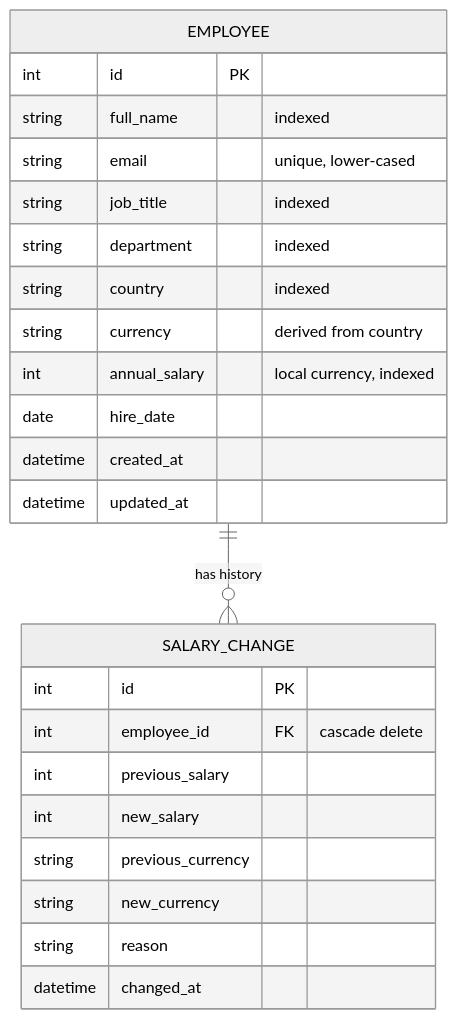
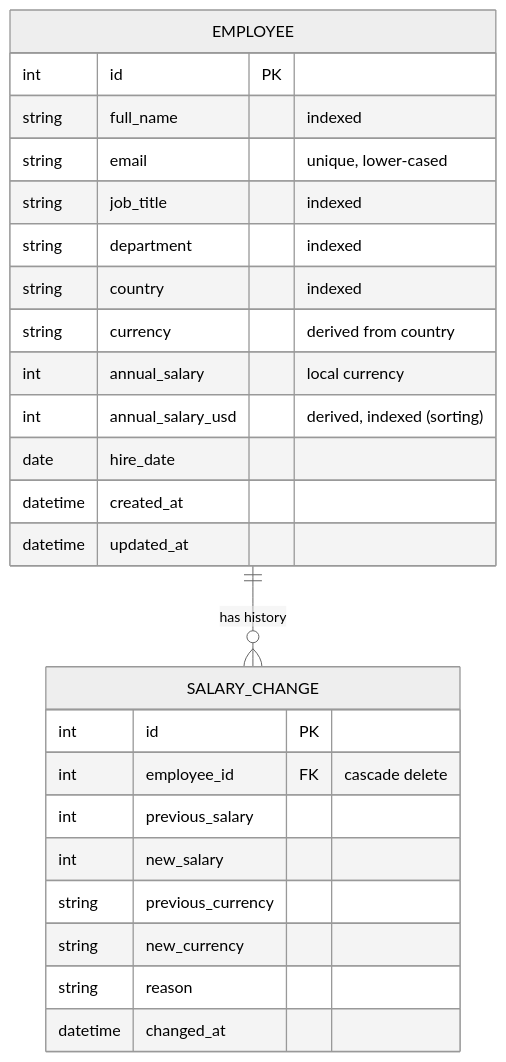
One commit to ManishgandotraCoder/acme changed the third of 4 diagrams in docs/ARCHITECTURE.md. Above: the diagram before and after it, drawn with Mermaid (neutral theme). The commit also changed other lines of this file and 17 other files, not shown here.

````diff
--- a/docs/ARCHITECTURE.md
+++ b/docs/ARCHITECTURE.md
@@ -98,27 +98,28 @@
 ```mermaid
 erDiagram
     EMPLOYEE ||--o{ SALARY_CHANGE : "has history"
     EMPLOYEE {
         int id PK
         string full_name "indexed"
         string email "unique, lower-cased"
         string job_title "indexed"
         string department "indexed"
         string country "indexed"
         string currency "derived from country"
-        int annual_salary "local currency, indexed"
+        int annual_salary "local currency"
+        int annual_salary_usd "derived, indexed (sorting)"
         date hire_date
         datetime created_at
         datetime updated_at
     }
     SALARY_CHANGE {
         int id PK
         int employee_id FK "cascade delete"
         int previous_salary
         int new_salary
         string previous_currency
         string new_currency
         string reason
         datetime changed_at
     }
 ```
````
